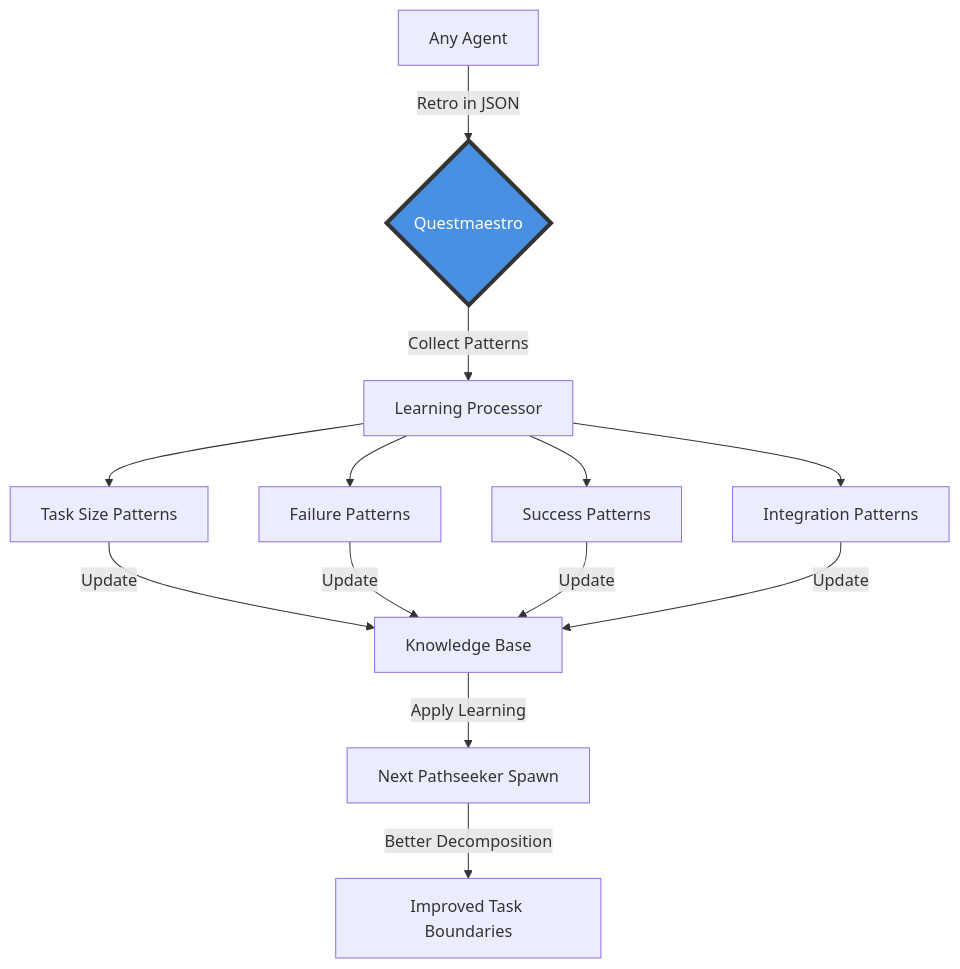
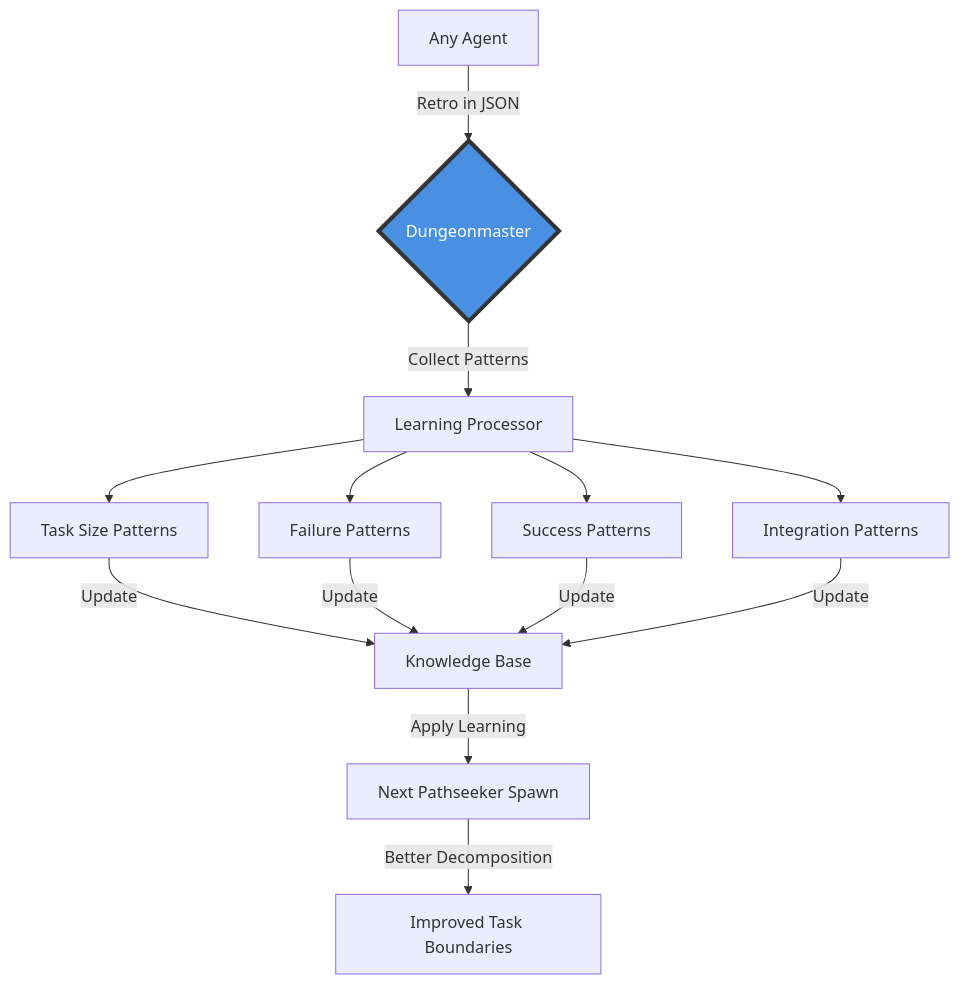
The sixth of 8 diagrams in llm-madness/framework/orchestration-flows.md (StupidIncarnate/codex-of-consentient-craft), drawn with Mermaid before and after one commit. The commit also changed other lines of this file and 364 other files, not shown here.

````diff
--- a/llm-madness/framework/orchestration-flows.md
+++ b/llm-madness/framework/orchestration-flows.md
@@ -200,22 +193,22 @@
 ```mermaid
 flowchart TD
-    Agent[Any Agent] -->|Retro in JSON| QM{Questmaestro}
+    Agent[Any Agent] -->|Retro in JSON| QM{Dungeonmaster}
     
     QM -->|Collect Patterns| LP[Learning Processor]
     
     LP --> Pat1[Task Size Patterns]
     LP --> Pat2[Failure Patterns]
     LP --> Pat3[Success Patterns]
     LP --> Pat4[Integration Patterns]
     
     Pat1 -->|Update| KB[Knowledge Base]
     Pat2 -->|Update| KB
     Pat3 -->|Update| KB
     Pat4 -->|Update| KB
     
     KB -->|Apply Learning| NextPS[Next Pathseeker Spawn]
     
     NextPS -->|Better Decomposition| Better[Improved Task Boundaries]
     
     style QM fill:#4a90e2,stroke:#333,stroke-width:4px,color:#fff
 ```
````
